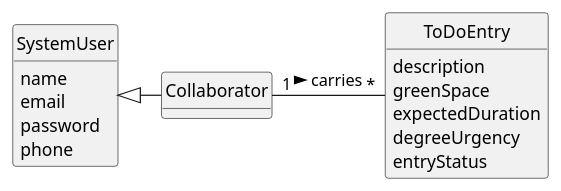
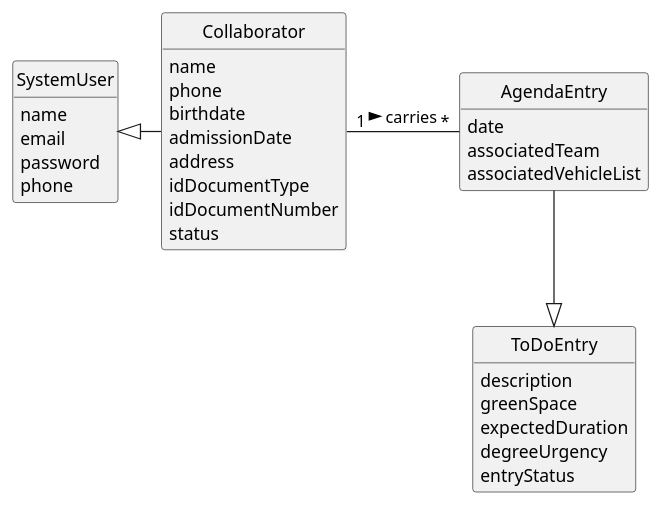
Before and after one commit to Departamento-de-Engenharia-Informatica/lei-24-s2-1do-g164: the diagram in docs/sprintC/us029/02.analysis/puml/us029-domain-model.puml, drawn with PlantUML. The commit also changed 25 other files, not shown here.

```diff
--- a/docs/sprintC/us029/02.analysis/puml/us029-domain-model.puml
+++ b/docs/sprintC/us029/02.analysis/puml/us029-domain-model.puml
@@ -1,39 +1,51 @@
 @startuml
 skinparam monochrome true
 skinparam packageStyle rectangle
 skinparam shadowing false
 
 
 
 skinparam classAttributeIconSize 0
 
 hide circle
 hide methods
 
 
 class SystemUser {
     name
     email
     password
     phone
 
 }
 class Collaborator {
+    name
+    phone
+    birthdate
+    admissionDate
+    address
+    idDocumentType
+    idDocumentNumber
+    status
+}
 
+class AgendaEntry {
+    date
+    associatedTeam
+    associatedVehicleList
 }
 
 
 class ToDoEntry{
     description
          greenSpace
          expectedDuration
          degreeUrgency
          entryStatus
 }
 
 
-
-Collaborator "1" - "*" ToDoEntry:   carries  >
-
+Collaborator "1" - "*" AgendaEntry:   carries  >
+AgendaEntry --|> ToDoEntry
 SystemUser <|- Collaborator
 @enduml
```
